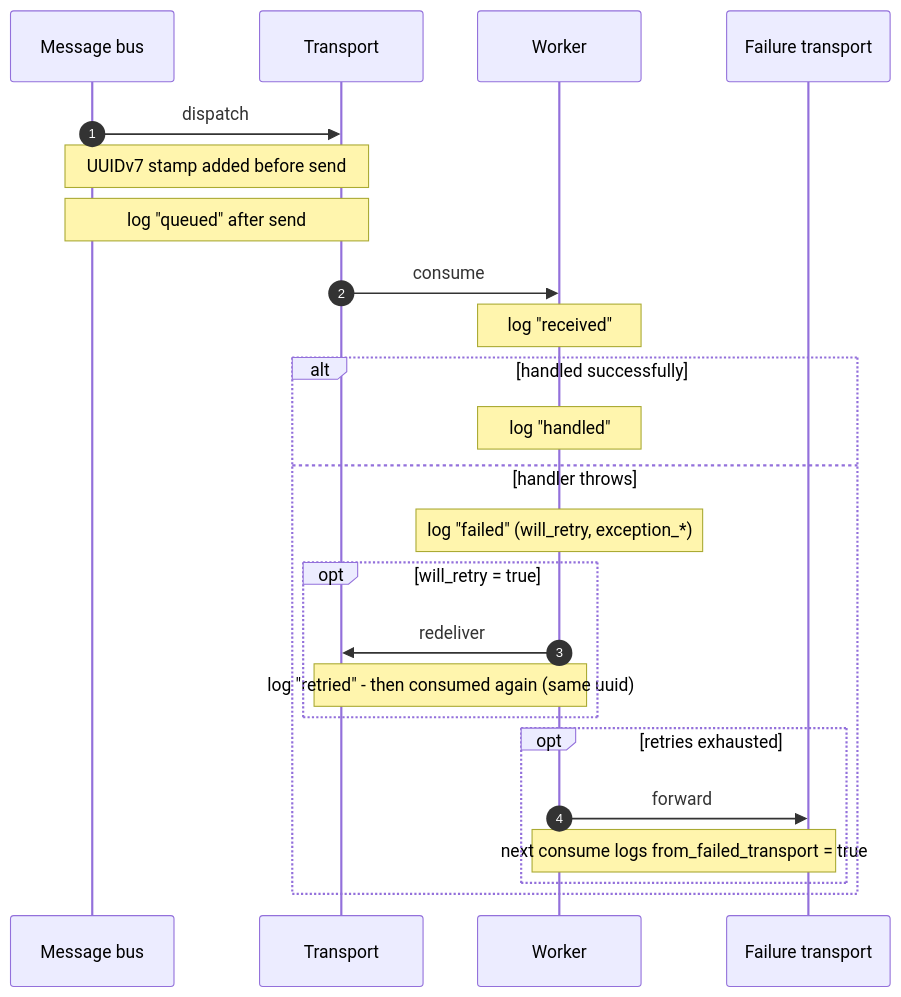
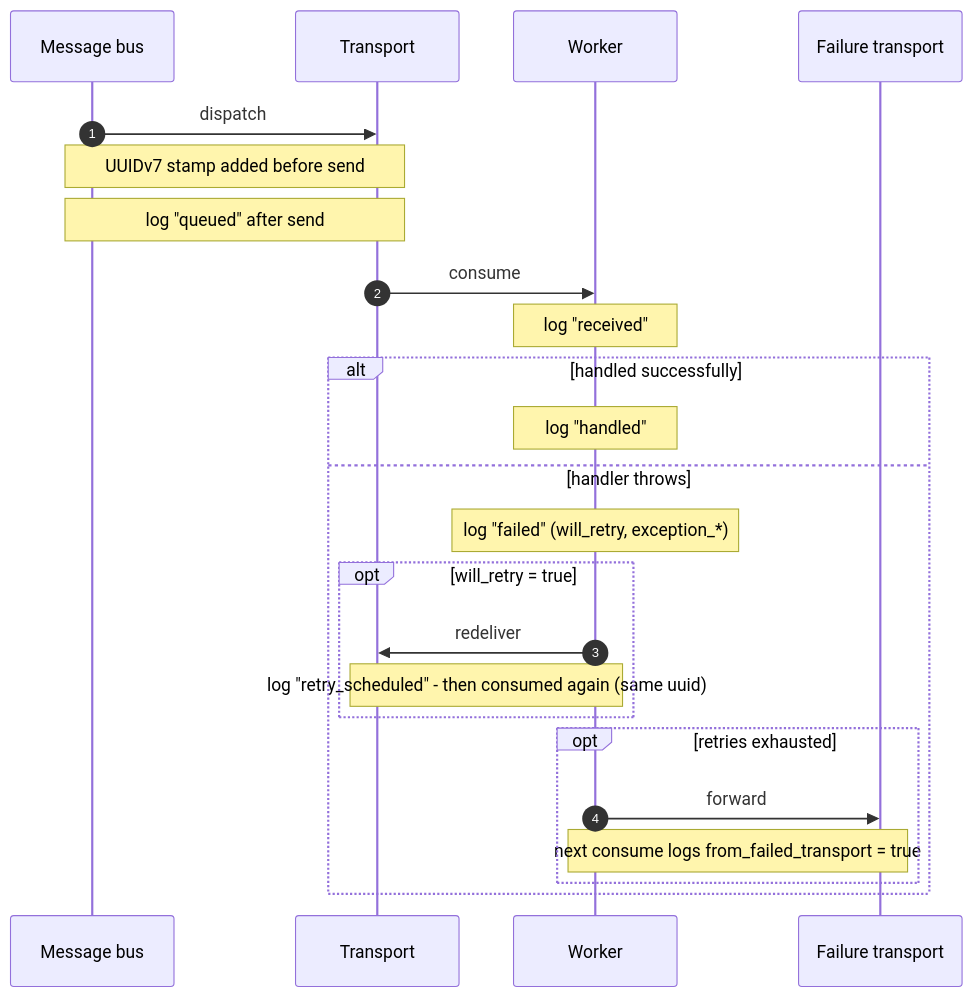
The diagram in README.md (ckrack/messenger-logging-bundle), drawn with Mermaid before and after one commit. The commit also changed other lines of this file and 6 other files, not shown here.

````diff
--- a/README.md
+++ b/README.md
@@ -79,27 +79,27 @@
 ```mermaid
 sequenceDiagram
     autonumber
     participant Bus as Message bus
     participant T as Transport
     participant W as Worker
     participant FT as Failure transport
 
     Bus->>T: dispatch
     Note over Bus,T: UUIDv7 stamp added before send
     Note over Bus,T: log "queued" after send
     T->>W: consume
     Note over W: log "received"
     alt handled successfully
         Note over W: log "handled"
     else handler throws
         Note over W: log "failed" (will_retry, exception_*)
         opt will_retry = true
             W->>T: redeliver
-            Note over W,T: log "retried" - then consumed again (same uuid)
+            Note over W,T: log "retry_scheduled" - then consumed again (same uuid)
         end
         opt retries exhausted
             W->>FT: forward
             Note over W,FT: next consume logs from_failed_transport = true
         end
     end
 ```
````
